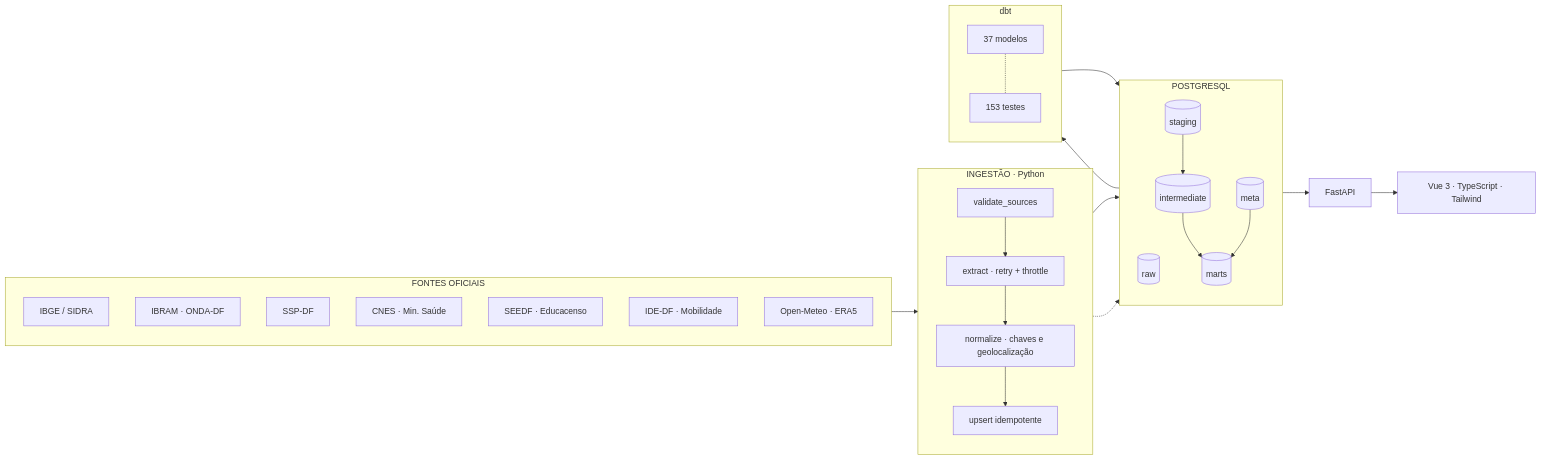
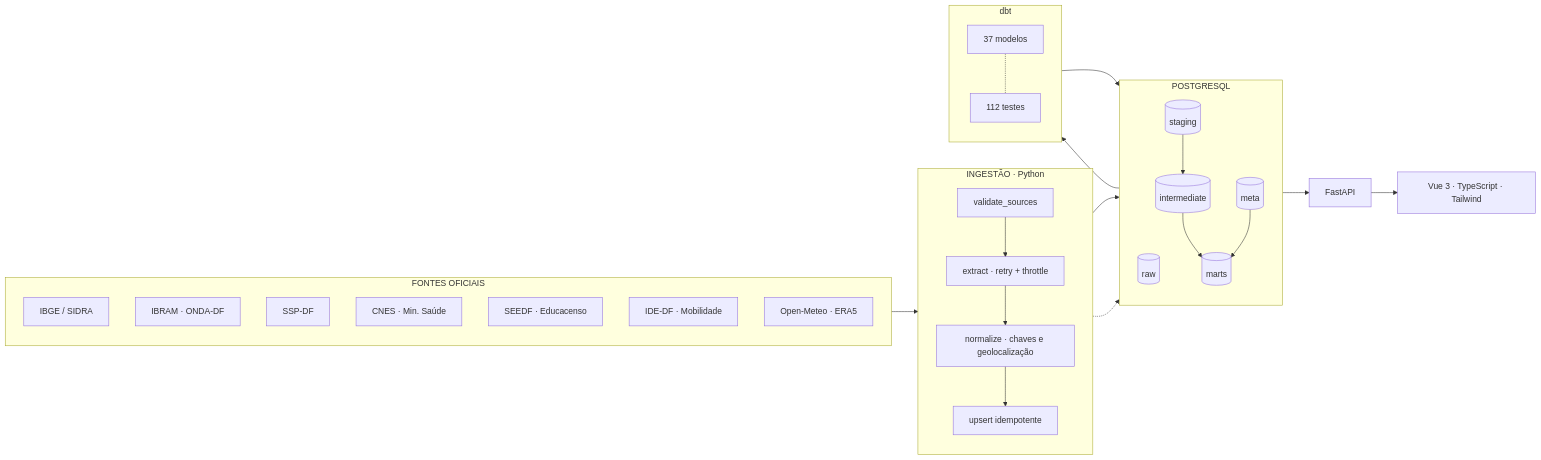
One commit to enzosouto/df-intelligence-bdi changed the first of 2 diagrams in README.md. Above: the diagram before and after it, drawn with Mermaid. The commit also changed other lines of this file and 47 other files, not shown here.

````diff
--- a/README.md
+++ b/README.md
@@ -73,46 +77,46 @@
 ```mermaid
 flowchart LR
     subgraph F["FONTES OFICIAIS"]
         direction TB
         A1["IBGE / SIDRA"]
         A2["IBRAM · ONDA-DF"]
         A3["SSP-DF"]
         A4["CNES · Min. Saúde"]
         A6["SEEDF · Educacenso"]
         A7["IDE-DF · Mobilidade"]
         A5["Open-Meteo · ERA5"]
     end
 
     subgraph I["INGESTÃO · Python"]
         direction TB
         B1["validate_sources"]
         B2["extract · retry + throttle"]
         B3["normalize · chaves e geolocalização"]
         B4["upsert idempotente"]
     end
 
     subgraph P["POSTGRESQL"]
         direction TB
         C1[("raw")]
         C2[("staging")]
         C3[("intermediate")]
         C4[("marts")]
         C5[("meta")]
     end
 
     subgraph D["dbt"]
         direction TB
         E1["37 modelos"]
-        E2["153 testes"]
+        E2["112 testes"]
     end
 
     G["FastAPI"]
     H["Vue 3 · TypeScript · Tailwind"]
 
     F --> B1 --> B2 --> B3 --> B4 --> C1
     B4 -.-> C5
     C1 --> E1 --> C2 --> C3 --> C4
     E1 -.- E2
     C5 --> C4
     C4 --> G --> H
 ```
````
